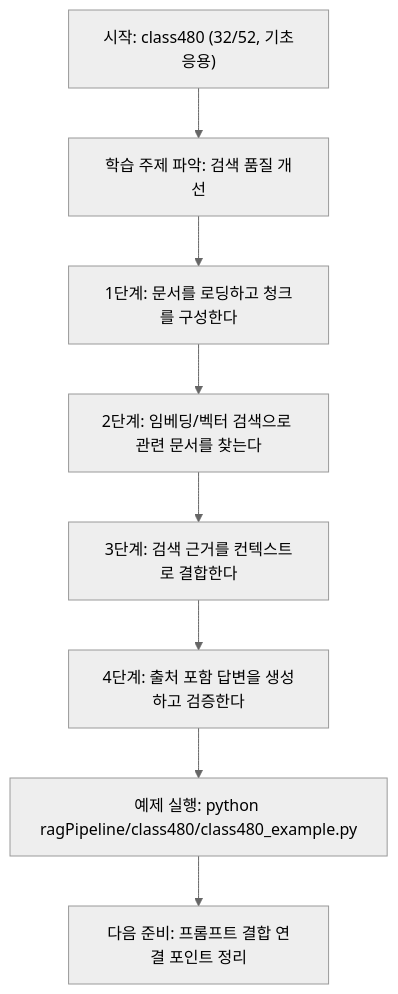
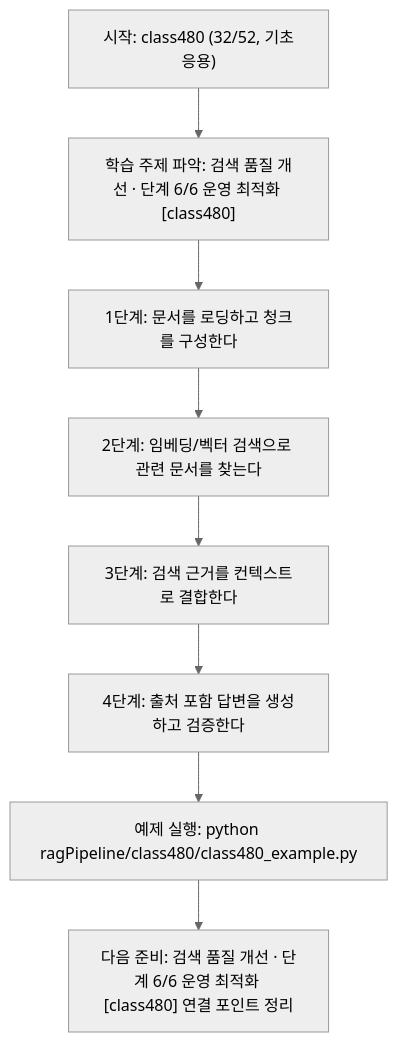
Before and after one commit to edumgt/Python-AI_Agent-Class: the diagram in ragPipeline/class480/class480.md, drawn with Mermaid (neutral theme). The commit also changed other lines of this file and 522 other files, not shown here.

````diff
--- a/ragPipeline/class480/class480.md
+++ b/ragPipeline/class480/class480.md
@@ -110,18 +111,18 @@
 ```mermaid
 flowchart TD
 N1["시작: class480 (32/52, 기초응용)"]
-N2["학습 주제 파악: 검색 품질 개선"]
+N2["학습 주제 파악: 검색 품질 개선 · 단계 6/6 운영 최적화 [class480]"]
 N3["1단계: 문서를 로딩하고 청크를 구성한다"]
 N4["2단계: 임베딩/벡터 검색으로 관련 문서를 찾는다"]
 N5["3단계: 검색 근거를 컨텍스트로 결합한다"]
 N6["4단계: 출처 포함 답변을 생성하고 검증한다"]
 N7["예제 실행: python ragPipeline/class480/class480_example.py"]
-N8["다음 준비: 프롬프트 결합 연결 포인트 정리"]
+N8["다음 준비: 검색 품질 개선 · 단계 6/6 운영 최적화 [class480] 연결 포인트 정리"]
 N1 --> N2
 N2 --> N3
 N3 --> N4
 N4 --> N5
 N5 --> N6
 N6 --> N7
 N7 --> N8
 ```
````
